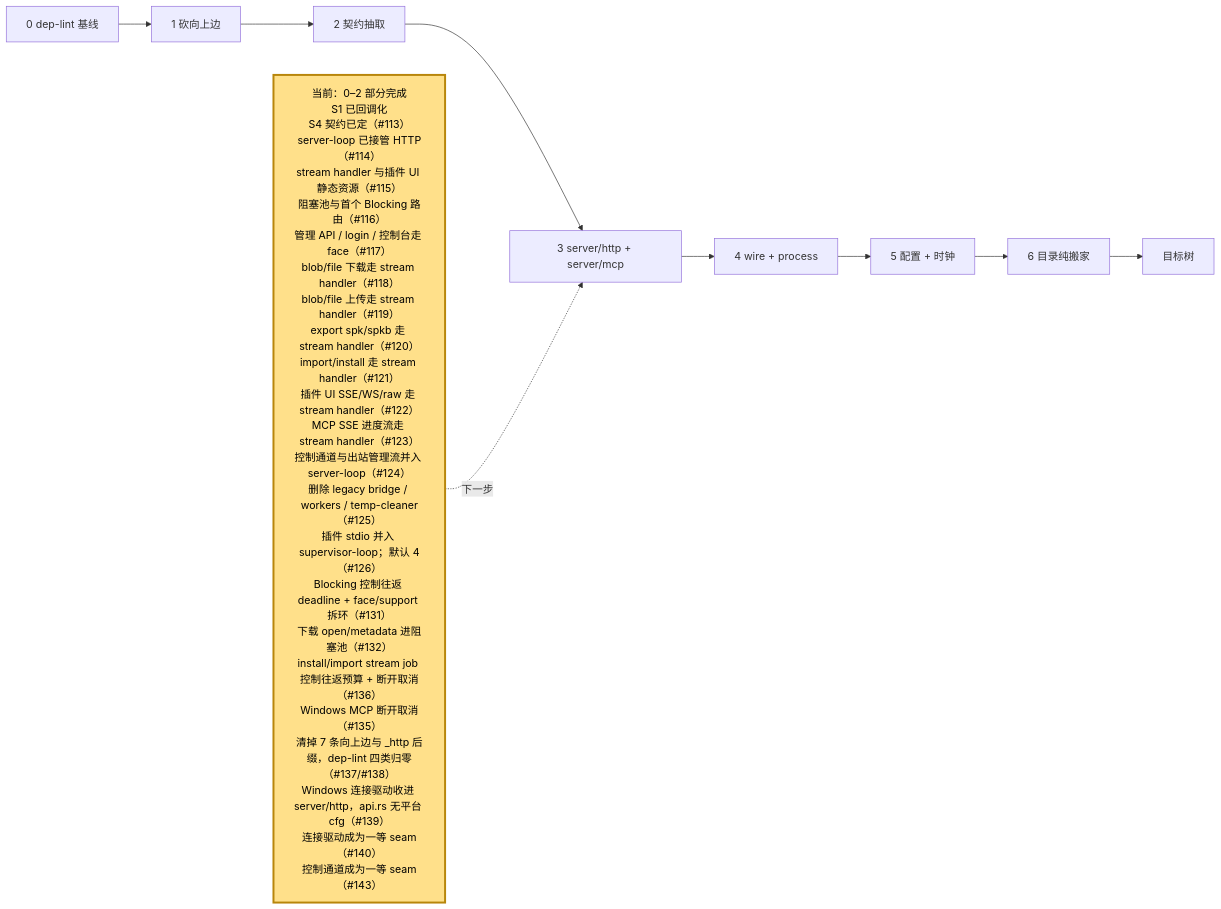
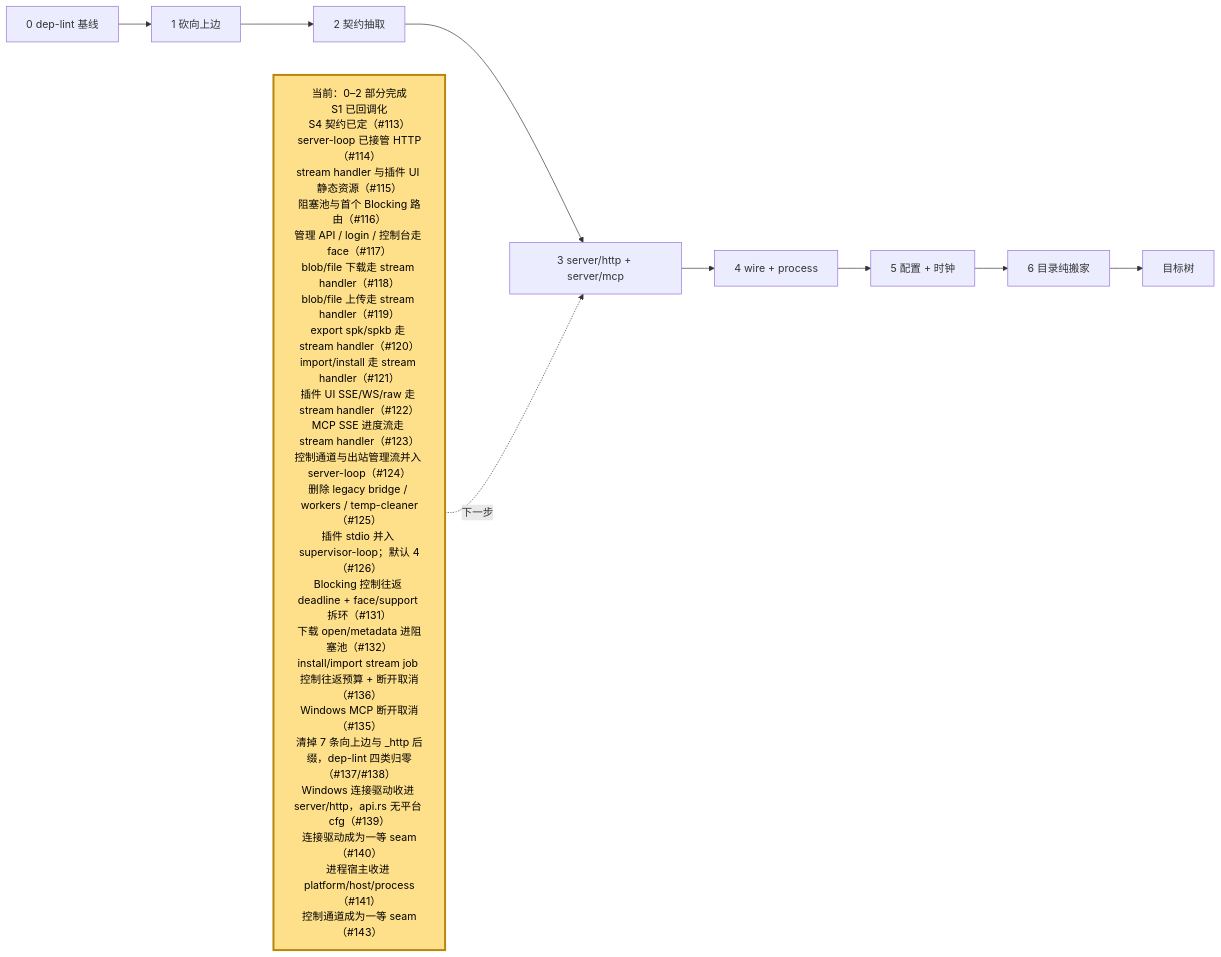
One commit to webxxxxx/plugin-manager changed the fifth of 5 diagrams in docs/architecture.md. Above: the diagram before and after it, drawn with Mermaid. The commit also changed other lines of this file and 1 other file, not shown here.

Commit message:
docs: S6 状态与控制通道术语同步 #141/#143（#143）

````diff
--- a/docs/architecture.md
+++ b/docs/architecture.md
@@ -379,15 +379,15 @@
 ```mermaid
 flowchart LR
     S0["0 dep-lint 基线"] --> S1["1 砍向上边"]
     S1 --> S2["2 契约抽取"]
     S2 --> S3["3 server/http + server/mcp"]
     S3 --> S4["4 wire + process"]
     S4 --> S5["5 配置 + 时钟"]
     S5 --> S6["6 目录纯搬家"]
     S6 --> DONE["目标树"]
 
-    NOW["当前：0–2 部分完成<br/>S1 已回调化<br/>S4 契约已定（#113）<br/>server-loop 已接管 HTTP（#114）<br/>stream handler 与插件 UI 静态资源（#115）<br/>阻塞池与首个 Blocking 路由（#116）<br/>管理 API / login / 控制台走 face（#117）<br/>blob/file 下载走 stream handler（#118）<br/>blob/file 上传走 stream handler（#119）<br/>export spk/spkb 走 stream handler（#120）<br/>import/install 走 stream handler（#121）<br/>插件 UI SSE/WS/raw 走 stream handler（#122）<br/>MCP SSE 进度流走 stream handler（#123）<br/>控制通道与出站管理流并入 server-loop（#124）<br/>删除 legacy bridge / workers / temp-cleaner（#125）<br/>插件 stdio 并入 supervisor-loop；默认 4（#126）<br/>Blocking 控制往返 deadline + face/support 拆环（#131）<br/>下载 open/metadata 进阻塞池（#132）<br/>install/import stream job 控制往返预算 + 断开取消（#136）<br/>Windows MCP 断开取消（#135）<br/>清掉 7 条向上边与 _http 后缀，dep-lint 四类归零（#137/#138）<br/>Windows 连接驱动收进 server/http，api.rs 无平台 cfg（#139）<br/>连接驱动成为一等 seam（#140）<br/>控制通道成为一等 seam（#143）"]:::current
+    NOW["当前：0–2 部分完成<br/>S1 已回调化<br/>S4 契约已定（#113）<br/>server-loop 已接管 HTTP（#114）<br/>stream handler 与插件 UI 静态资源（#115）<br/>阻塞池与首个 Blocking 路由（#116）<br/>管理 API / login / 控制台走 face（#117）<br/>blob/file 下载走 stream handler（#118）<br/>blob/file 上传走 stream handler（#119）<br/>export spk/spkb 走 stream handler（#120）<br/>import/install 走 stream handler（#121）<br/>插件 UI SSE/WS/raw 走 stream handler（#122）<br/>MCP SSE 进度流走 stream handler（#123）<br/>控制通道与出站管理流并入 server-loop（#124）<br/>删除 legacy bridge / workers / temp-cleaner（#125）<br/>插件 stdio 并入 supervisor-loop；默认 4（#126）<br/>Blocking 控制往返 deadline + face/support 拆环（#131）<br/>下载 open/metadata 进阻塞池（#132）<br/>install/import stream job 控制往返预算 + 断开取消（#136）<br/>Windows MCP 断开取消（#135）<br/>清掉 7 条向上边与 _http 后缀，dep-lint 四类归零（#137/#138）<br/>Windows 连接驱动收进 server/http，api.rs 无平台 cfg（#139）<br/>连接驱动成为一等 seam（#140）<br/>进程宿主收进 platform/host/process（#141）<br/>控制通道成为一等 seam（#143）"]:::current
     NOW -.->|下一步| S3
 
     classDef current fill:#ffe08a,stroke:#b8860b,stroke-width:3px,color:#000
 ```
````
